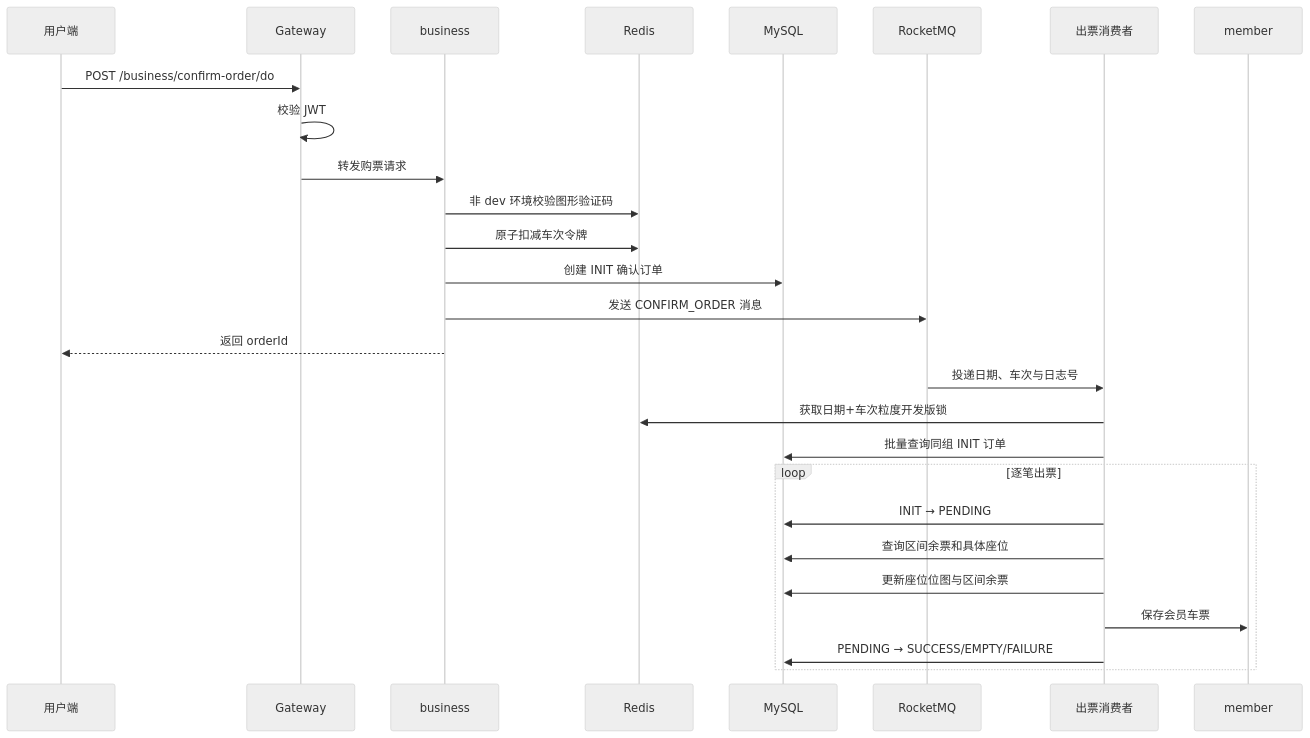
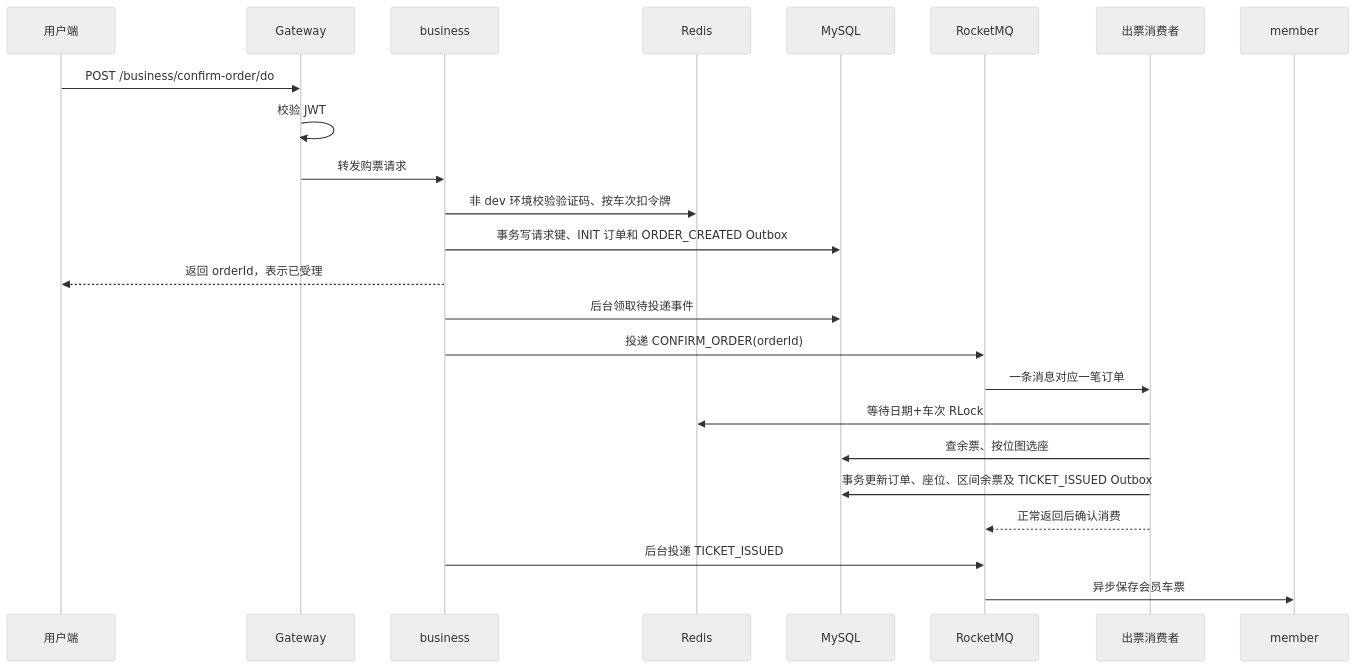
The second of 3 diagrams in README.md (yali325/train-12306-system), drawn with Mermaid (neutral theme) before and after one commit. The commit also changed other lines of this file, not shown here.

````diff
--- a/README.md
+++ b/README.md
@@ -100,31 +99,27 @@
 ```mermaid
 sequenceDiagram
     participant Web as 用户端
     participant Gateway as Gateway
     participant Business as business
     participant Redis as Redis
     participant DB as MySQL
     participant MQ as RocketMQ
     participant Consumer as 出票消费者
     participant Member as member
 
     Web->>Gateway: POST /business/confirm-order/do
     Gateway->>Gateway: 校验 JWT
     Gateway->>Business: 转发购票请求
-    Business->>Redis: 非 dev 环境校验图形验证码
-    Business->>Redis: 原子扣减车次令牌
-    Business->>DB: 创建 INIT 确认订单
-    Business->>MQ: 发送 CONFIRM_ORDER 消息
-    Business-->>Web: 返回 orderId
-
-    MQ->>Consumer: 投递日期、车次与日志号
-    Consumer->>Redis: 获取日期+车次粒度开发版锁
-    Consumer->>DB: 批量查询同组 INIT 订单
-    loop 逐笔出票
-        Consumer->>DB: INIT → PENDING
-        Consumer->>DB: 查询区间余票和具体座位
-        Consumer->>DB: 更新座位位图与区间余票
-        Consumer->>Member: 保存会员车票
-        Consumer->>DB: PENDING → SUCCESS/EMPTY/FAILURE
-    end
+    Business->>Redis: 非 dev 环境校验验证码、按车次扣令牌
+    Business->>DB: 事务写请求键、INIT 订单和 ORDER_CREATED Outbox
+    Business-->>Web: 返回 orderId，表示已受理
+    Business->>DB: 后台领取待投递事件
+    Business->>MQ: 投递 CONFIRM_ORDER(orderId)
+    MQ->>Consumer: 一条消息对应一笔订单
+    Consumer->>Redis: 等待日期+车次 RLock
+    Consumer->>DB: 查余票、按位图选座
+    Consumer->>DB: 事务更新订单、座位、区间余票及 TICKET_ISSUED Outbox
+    Consumer-->>MQ: 正常返回后确认消费
+    Business->>MQ: 后台投递 TICKET_ISSUED
+    MQ->>Member: 异步保存会员车票
 ```
````
